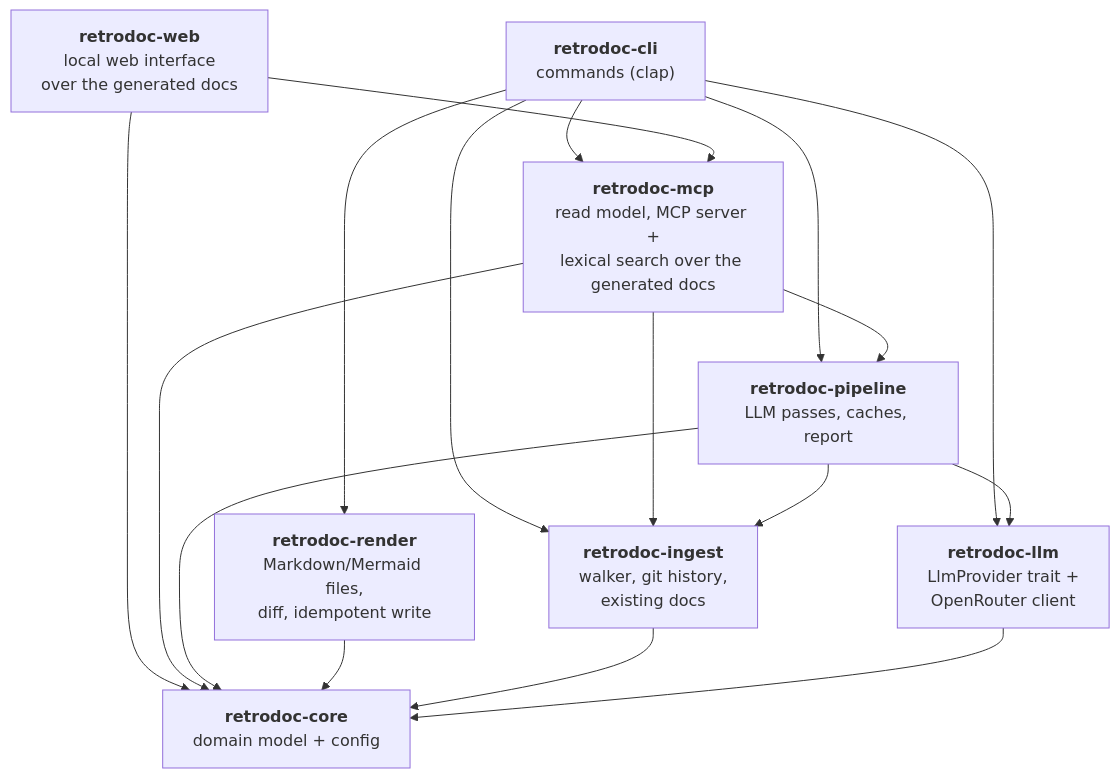
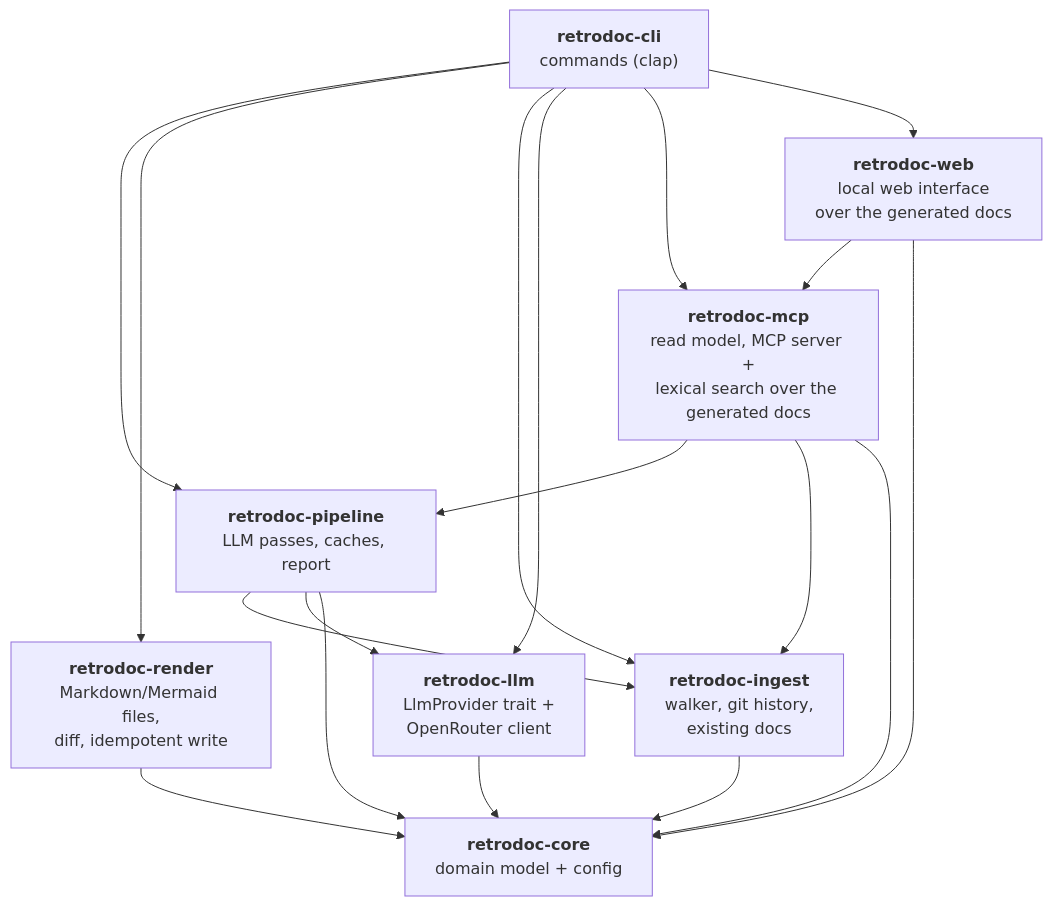
The second of 9 diagrams in docs/ARCHITECTURE.md (Electron-libre/RetroDoc), drawn with Mermaid before and after one commit. The commit also changed other lines of this file and 13 other files, not shown here.

````diff
--- a/docs/ARCHITECTURE.md
+++ b/docs/ARCHITECTURE.md
@@ -27,28 +27,29 @@
 ```mermaid
 flowchart TD
     cli["<b>retrodoc-cli</b><br/>commands (clap)"]
     pipe["<b>retrodoc-pipeline</b><br/>LLM passes, caches, report"]
     render["<b>retrodoc-render</b><br/>Markdown/Mermaid files,<br/>diff, idempotent write"]
     mcp["<b>retrodoc-mcp</b><br/>read model, MCP server +<br/>lexical search over the generated docs"]
     web["<b>retrodoc-web</b><br/>local web interface<br/>over the generated docs"]
     ingest["<b>retrodoc-ingest</b><br/>walker, git history,<br/>existing docs"]
     llm["<b>retrodoc-llm</b><br/>LlmProvider trait +<br/>OpenRouter client"]
     core["<b>retrodoc-core</b><br/>domain model + config"]
 
     cli --> pipe
     cli --> render
     cli --> ingest
     cli --> llm
     cli --> mcp
+    cli --> web
     web --> mcp
     web --> core
     mcp --> pipe
     mcp --> ingest
     mcp --> core
     pipe --> ingest
     pipe --> llm
     pipe --> core
     render --> core
     ingest --> core
     llm --> core
 ```
````
